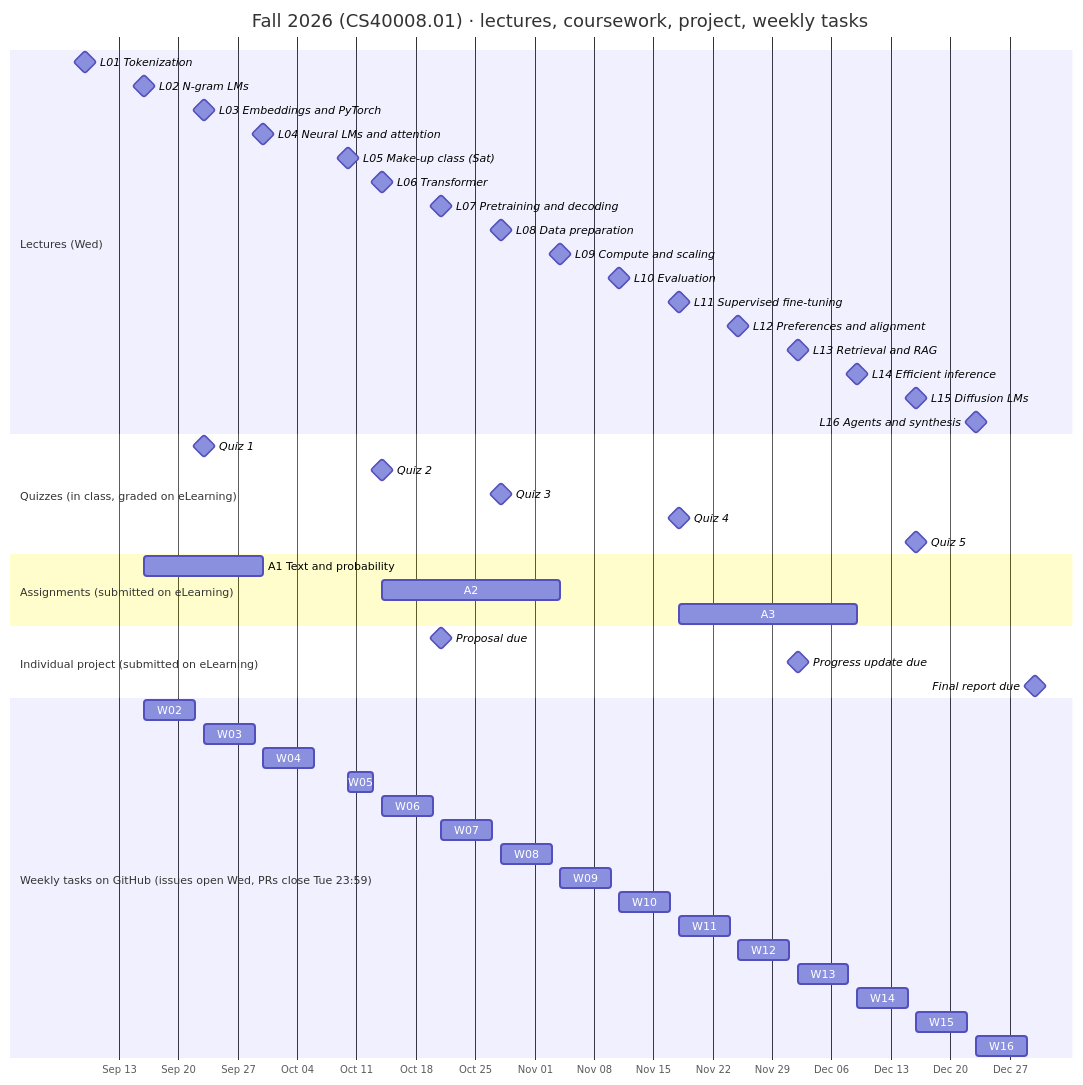
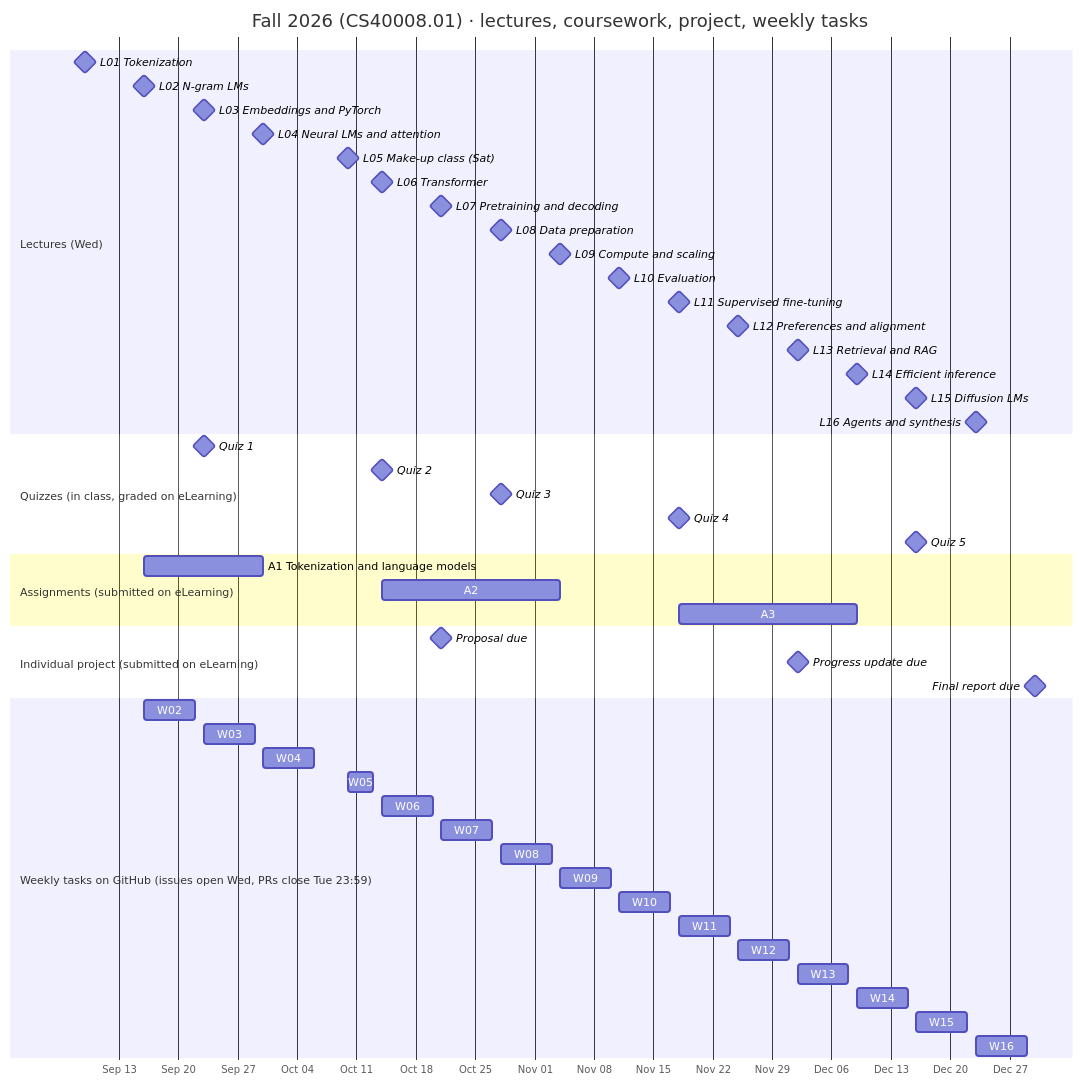
The first of 3 diagrams in docs/participation-workflow.md (22Eren/llm-26-fall), drawn with Mermaid before and after one commit. The commit also changed 36 other files, not shown here.

Commit message:
release a1 tokenization and language models

````diff
--- a/docs/participation-workflow.md
+++ b/docs/participation-workflow.md
@@ -34,59 +34,59 @@
 ```mermaid
 gantt
     title Fall 2026 (CS40008.01) · lectures, coursework, project, weekly tasks
     dateFormat YYYY-MM-DD
     axisFormat %b %d
     todayMarker off
 
     section Lectures (Wed)
     L01 Tokenization              :milestone, l01, 2026-09-09, 0d
     L02 N-gram LMs                :milestone, l02, 2026-09-16, 0d
     L03 Embeddings and PyTorch    :milestone, l03, 2026-09-23, 0d
     L04 Neural LMs and attention  :milestone, l04, 2026-09-30, 0d
     L05 Make-up class (Sat)       :milestone, l05, 2026-10-10, 0d
     L06 Transformer               :milestone, l06, 2026-10-14, 0d
     L07 Pretraining and decoding  :milestone, l07, 2026-10-21, 0d
     L08 Data preparation          :milestone, l08, 2026-10-28, 0d
     L09 Compute and scaling       :milestone, l09, 2026-11-04, 0d
     L10 Evaluation                :milestone, l10, 2026-11-11, 0d
     L11 Supervised fine-tuning    :milestone, l11, 2026-11-18, 0d
     L12 Preferences and alignment :milestone, l12, 2026-11-25, 0d
     L13 Retrieval and RAG         :milestone, l13, 2026-12-02, 0d
     L14 Efficient inference       :milestone, l14, 2026-12-09, 0d
     L15 Diffusion LMs             :milestone, l15, 2026-12-16, 0d
     L16 Agents and synthesis      :milestone, l16, 2026-12-23, 0d
 
     section Quizzes (in class, graded on eLearning)
     Quiz 1 :milestone, 2026-09-23, 0d
     Quiz 2 :milestone, 2026-10-14, 0d
     Quiz 3 :milestone, 2026-10-28, 0d
     Quiz 4 :milestone, 2026-11-18, 0d
     Quiz 5 :milestone, 2026-12-16, 0d
 
     section Assignments (submitted on eLearning)
-    A1 Text and probability :a1, 2026-09-16, 2026-09-30
+    A1 Tokenization and language models :a1, 2026-09-16, 2026-09-30
     A2                      :a2, 2026-10-14, 2026-11-04
     A3                      :a3, 2026-11-18, 2026-12-09
 
     section Individual project (submitted on eLearning)
     Proposal due        :milestone, 2026-10-21, 0d
     Progress update due :milestone, 2026-12-02, 0d
     Final report due    :milestone, 2026-12-30, 0d
 
     section Weekly tasks on GitHub (issues open Wed, PRs close Tue 23:59)
     W02 :t02, 2026-09-16, 2026-09-22
     W03 :t03, 2026-09-23, 2026-09-29
     W04 :t04, 2026-09-30, 2026-10-06
     W05 :t05, 2026-10-10, 2026-10-13
     W06 :t06, 2026-10-14, 2026-10-20
     W07 :t07, 2026-10-21, 2026-10-27
     W08 :t08, 2026-10-28, 2026-11-03
     W09 :t09, 2026-11-04, 2026-11-10
     W10 :t10, 2026-11-11, 2026-11-17
     W11 :t11, 2026-11-18, 2026-11-24
     W12 :t12, 2026-11-25, 2026-12-01
     W13 :t13, 2026-12-02, 2026-12-08
     W14 :t14, 2026-12-09, 2026-12-15
     W15 :t15, 2026-12-16, 2026-12-22
     W16 :t16, 2026-12-23, 2026-12-29
 ```
````
